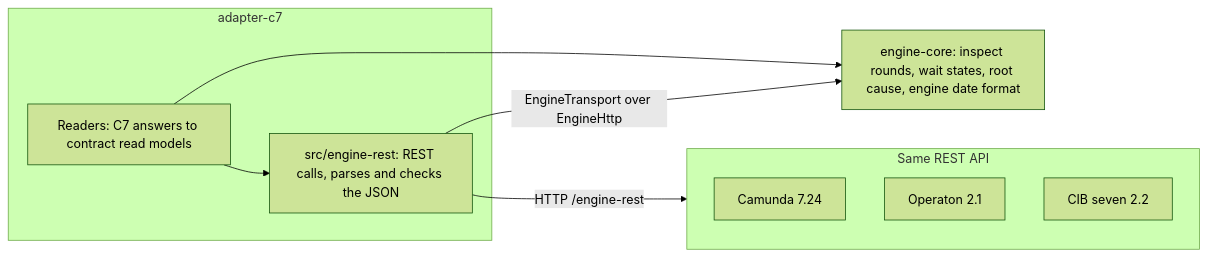
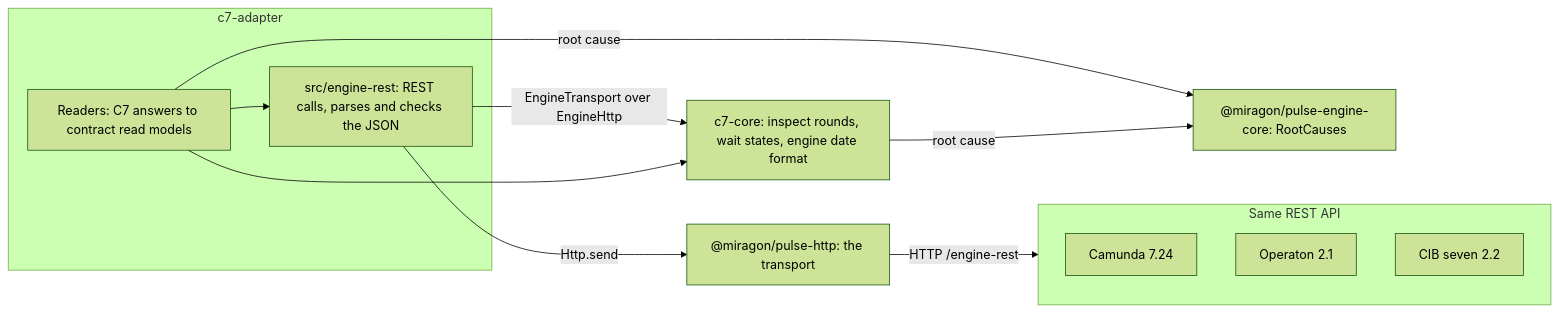
The diagram in apps/vscode/docs/adr/c7-adapter.md (Miragon/pulse), drawn with Mermaid (forest theme) before and after one commit. The commit also changed other lines of this file and 2074 other files, not shown here.

````diff
--- a/apps/vscode/docs/adr/c7-adapter.md
+++ b/apps/vscode/docs/adr/c7-adapter.md
@@ -13,17 +13,21 @@
 ```mermaid
 flowchart LR
-  subgraph adapter [adapter-c7]
+  subgraph adapter [c7-adapter]
     readers[Readers: C7 answers to contract read models]
     rest[src/engine-rest: REST calls, parses and checks the JSON]
   end
-  core[engine-core: inspect rounds, wait states, root cause, engine date format]
+  core[c7-core: inspect rounds, wait states, engine date format]
+  rules["@miragon/pulse-engine-core: RootCauses"]
   rest -- "EngineTransport over EngineHttp" --> core
+  rest -- "Http.send" --> wire["@miragon/pulse-http: the transport"]
   readers --> core
+  readers -- root cause --> rules
+  core -- root cause --> rules
   subgraph family [Same REST API]
     camunda7[Camunda 7.24]
     operaton[Operaton 2.1]
     cibseven[CIB seven 2.2]
   end
   readers --> rest
-  rest -- HTTP /engine-rest --> family
+  wire -- HTTP /engine-rest --> family
 ```
````
